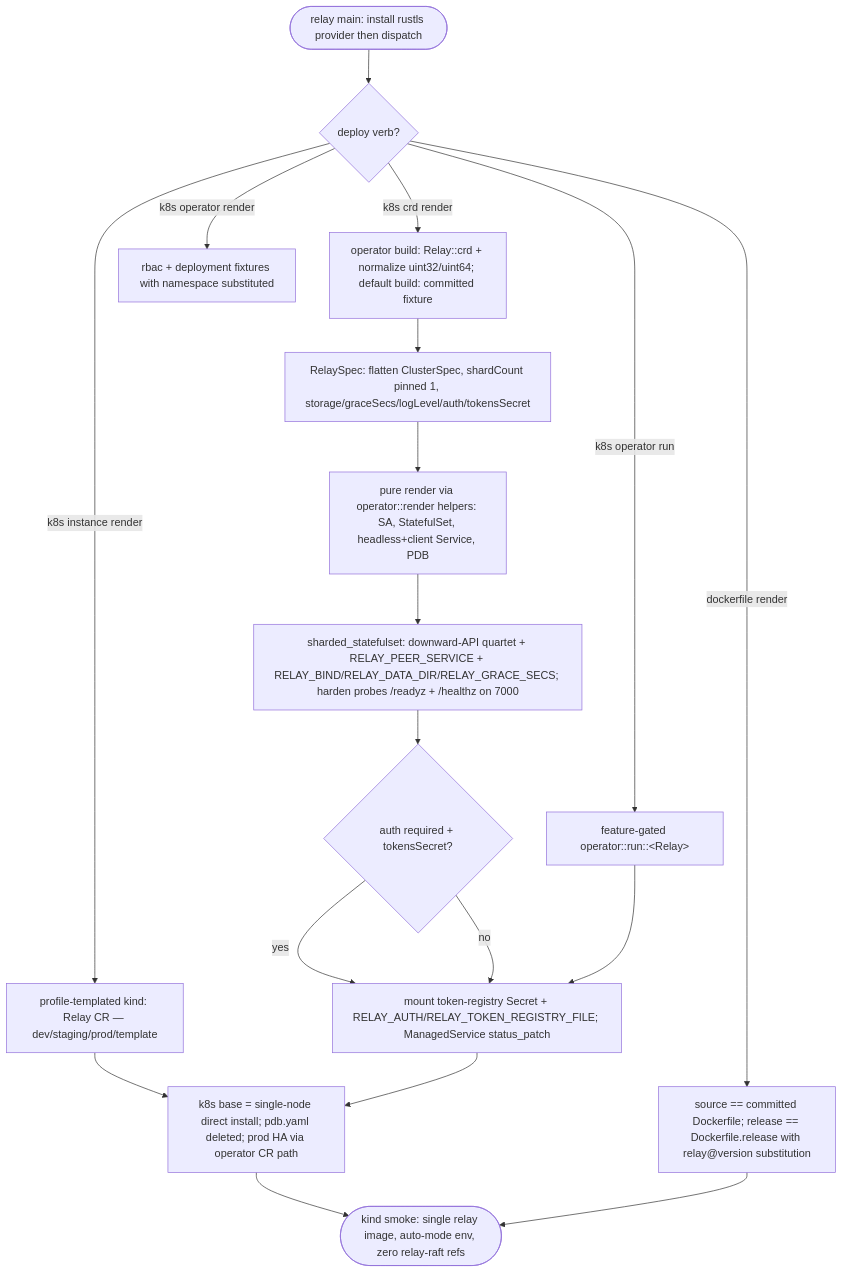
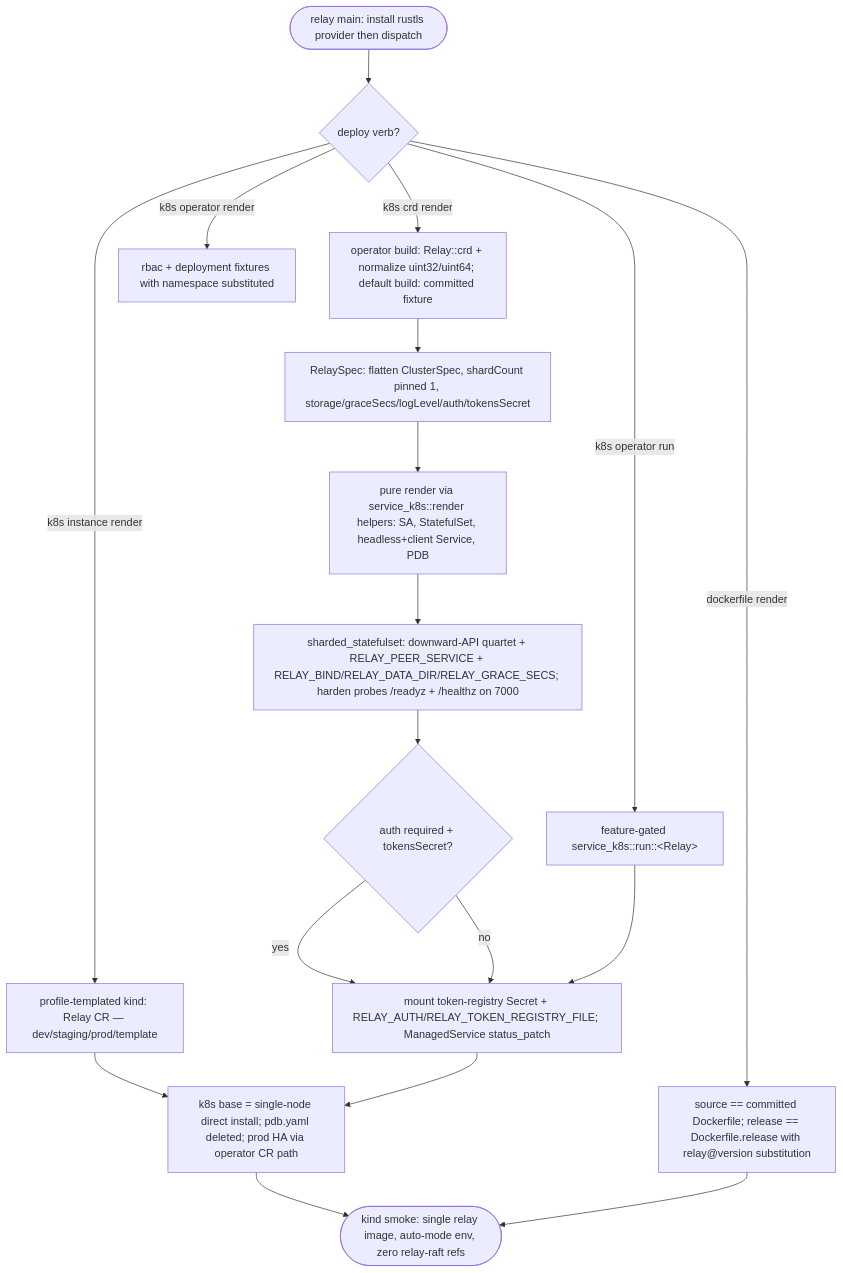
Before and after one commit to chrischeng-c4/axiom: the first of 2 diagrams in apps/relay/tech-design/interfaces/cli/adopt-libs-operator-relayspec-crd-k8s-crd-operator-instance-dock.md, drawn with Mermaid. The commit also changed other lines of this file and 175 other files, not shown here.

First line of the commit message:
refactor(libs): finish semantic service substrate convergence

```diff
--- a/apps/relay/tech-design/interfaces/cli/adopt-libs-operator-relayspec-crd-k8s-crd-operator-instance-dock.md
+++ b/apps/relay/tech-design/interfaces/cli/adopt-libs-operator-relayspec-crd-k8s-crd-operator-instance-dock.md
@@ -41,7 +41,7 @@
 nodes:
   main:
     kind: start
-    label: "relay main: relay::tls::install_default_crypto_provider() FIRST (before clap parse — kube, raft-host peer, and online CLI paths link rustls; a no-op in builds without the private rustls-provider feature), then dispatch. New Command::K8s + Command::Dockerfile arms sit beside serve/llm/upgrade/issue on the single relay bin"
+    label: "relay main: relay::tls::install_default_crypto_provider() FIRST (before clap parse — kube, raft-runtime peer, and online CLI paths link rustls; a no-op in builds without the private rustls-provider feature), then dispatch. New Command::K8s + Command::Dockerfile arms sit beside serve/llm/upgrade/issue on the single relay bin"
   verb:
     kind: decision
     label: "Which deploy verb? k8s crd render | k8s operator render|run | k8s instance render | dockerfile render. Every render path is OFFLINE and builds in the default (kube-free) build; only `k8s operator run` needs --features operator"
@@ -53,7 +53,7 @@
     label: "k8s operator render [--namespace relay-system] [--out]: the controller control plane from the checked-in k8s/operator/rbac.yaml + deployment.yaml fixtures with the namespace substituted — Namespace, ServiceAccount, ClusterRole (relay.dev relays/status/finalizers, apps statefulsets, core services/serviceaccounts, policy PDBs, coordination leases), ClusterRoleBinding, and a Deployment running `relay k8s operator run` from the same relay image"
   oprun:
     kind: process
-    label: "k8s operator run: feature-gated. tracing init then relay::operator::run() = operator::run::<Relay>() — the shared libs/operator controller: cluster-wide watch, leader-election Lease (MANAGER relay-operator), server-side apply of render() output, status_patch writeback. Without the feature: anyhow::bail with the rebuild hint"
+    label: "k8s operator run: feature-gated. tracing init then relay::operator::run() = service_k8s::run::<Relay>() — the shared libs/service-k8s controller: cluster-wide watch, leader-election Lease (MANAGER relay-operator), server-side apply of render() output, status_patch writeback. Without the feature: anyhow::bail with the rebuild hint"
   inst:
     kind: process
     label: "k8s instance render --profile dev|staging|prod|template [--name] [--namespace] [--image] [--out]: string-templated kind: Relay CR YAML (offline, no kube types). dev = 1 replica, 1Gi, debug, relay:latest; staging = prod-shaped single node, 20Gi, relay:<version>; prod = replicasPerShard 3, voterCount 3, 100Gi, imagePullPolicy Always, auth required + tokensSecret relay-token-registry; template = REPLACE_ME skeleton. HA peer DNS assumes the CR is named relay (serve passes prefix 'relay' to ClusterTopology::from_env)"
@@ -62,10 +62,10 @@
     label: "dockerfile render --variant source|release [--version] [--out]: source = the committed apps/relay/Dockerfile byte-for-byte (include_str + ownership-marker strip, a no-op today); release = the new committed Dockerfile.release (fetch + sha256-verify a published relay@<version> tarball into distroless) with the ARG/tag lines substituted from --version (normalize `0.4.3` -> `relay@0.4.3`). The checked-in files are the fixtures; the CLI is the source of truth (keep #777)"
   crdspec:
     kind: process
-    label: "src/operator/crd.rs (feature-gated): RelaySpec derives kube::CustomResource — group relay.dev, v1alpha1, kind Relay, namespaced, status RelayStatus. #[serde(flatten)] cluster: operator::ClusterSpec (image/imagePullPolicy/shardCount/replicasPerShard/voterCount/resources — shardCount defaults 1 and render PINS it to 1: relay is a single raft group) + relay knobs: storage (default 10Gi), storageClass, graceSecs (default 10, tracks terminationGracePeriodSeconds), logLevel (RUST_LOG), auth ('off'|'required' as a flat string — no divergent-variant enums in the CRD, keep #776 trap), tokensSecret (Secret name)"
+    label: "src/operator/crd.rs (feature-gated): RelaySpec derives kube::CustomResource — group relay.dev, v1alpha1, kind Relay, namespaced, status RelayStatus. #[serde(flatten)] cluster: service_k8s::ClusterSpec (image/imagePullPolicy/shardCount/replicasPerShard/voterCount/resources — shardCount defaults 1 and render PINS it to 1: relay is a single raft group) + relay knobs: storage (default 10Gi), storageClass, graceSecs (default 10, tracks terminationGracePeriodSeconds), logLevel (RUST_LOG), auth ('off'|'required' as a flat string — no divergent-variant enums in the CRD, keep #776 trap), tokensSecret (Secret name)"
   render:
     kind: process
-    label: "src/operator/render.rs pure render (no I/O): RenderCtx { app relay, manager relay-operator, relay.dev/v1alpha1 Relay, name, ns, owner_ref } -> [ServiceAccount, StatefulSet, headless Service ({name}-headless, port 7000), client Service ({name}, ClusterIP 7000), PDB maxUnavailable 1] — every shared shape via operator::render helpers, never hand-built JSON"
+    label: "src/operator/render.rs pure render (no I/O): RenderCtx { app relay, manager relay-operator, relay.dev/v1alpha1 Relay, name, ns, owner_ref } -> [ServiceAccount, StatefulSet, headless Service ({name}-headless, port 7000), client Service ({name}, ClusterIP 7000), PDB maxUnavailable 1] — every shared shape via service_k8s::render helpers, never hand-built JSON"
   sts:
     kind: process
     label: "StatefulSet via render::sharded_statefulset: command [relay], port http 7000, shard_count PINNED 1, replicas = replicasPerShard, headless_env_key RELAY_PEER_SERVICE = {name}-headless (exactly what serve's --peer-service reads), volume_claim data -> /data mount + storageClass; extra_env RELAY_BIND 0.0.0.0:7000, RELAY_DATA_DIR /data, RELAY_GRACE_SECS, optional RUST_LOG; then harden(): RollingUpdate, revisionHistoryLimit 5, prometheus scrape annotations, nonroot pod+container securityContext (65532, readOnlyRootFilesystem, drop ALL), writable /tmp emptyDir, terminationGracePeriodSeconds = graceSecs, readiness /readyz + liveness /healthz + startup /healthz on port http — the exact probe contract service-http serves"
@@ -74,7 +74,7 @@
     label: "CR sets auth: required AND tokensSecret? — the lumen token-registry pattern, OFF by default: mount Secret item token-registry.json at /var/run/secrets/relay (readOnly) and inject RELAY_AUTH=required + RELAY_TOKEN_REGISTRY_FILE=/var/run/secrets/relay/token-registry.json. Otherwise render NO auth env (serve defaults to off; probes stay tokenless either way)"
   recon:
     kind: process
-    label: "src/operator/reconcile.rs: impl ManagedService for Relay — MANAGER relay-operator (SSA field manager + Lease name), render() delegates to render::render, readiness_targets = [StatefulSet {name}], status_patch = phase Pending|Reconciling|Ready from readyReplicas vs desired (replicasPerShard; shard pinned 1) + observedGeneration + message. run() = operator::run::<Relay>()"
+    label: "src/operator/reconcile.rs: impl ManagedService for Relay — MANAGER relay-operator (SSA field manager + Lease name), render() delegates to render::render, readiness_targets = [StatefulSet {name}], status_patch = phase Pending|Reconciling|Ready from readyReplicas vs desired (replicasPerShard; shard pinned 1) + observedGeneration + message. run() = service_k8s::run::<Relay>()"
   tree:
     kind: process
     label: "k8s/ tree per the dogfood rules: base = SMALL direct install for kind/smoke — single-node StatefulSet (replicas 1, NO raft env: no REPLICAS_PER_SHARD/VOTER_COUNT — replica_mode() stays false; RELAY_BIND 0.0.0.0:7000, RELAY_DATA_DIR /data, 1Gi PVC, /readyz + /healthz probes) + service.yaml (headless for serviceName + ClusterIP client). pdb.yaml DELETED (a 1-replica PDB is noise; quorum PDBs come from the operator render). Production HA = apply crd render + operator render, then instance render --profile prod"
@@ -103,11 +103,11 @@
     main([relay main: install rustls provider then dispatch]) --> verb{deploy verb?}
     verb -->|k8s crd render| crd[operator build: Relay::crd + normalize uint32/uint64; default build: committed fixture]
     verb -->|k8s operator render| opr[rbac + deployment fixtures with namespace substituted]
-    verb -->|k8s operator run| oprun[feature-gated operator::run::&lt;Relay&gt;]
+    verb -->|k8s operator run| oprun[feature-gated service_k8s::run::&lt;Relay&gt;]
     verb -->|k8s instance render| inst[profile-templated kind: Relay CR — dev/staging/prod/template]
     verb -->|dockerfile render| dock[source == committed Dockerfile; release == Dockerfile.release with relay@version substitution]
     crd --> crdspec[RelaySpec: flatten ClusterSpec, shardCount pinned 1, storage/graceSecs/logLevel/auth/tokensSecret]
-    crdspec --> render[pure render via operator::render helpers: SA, StatefulSet, headless+client Service, PDB]
+    crdspec --> render[pure render via service_k8s::render helpers: SA, StatefulSet, headless+client Service, PDB]
     render --> sts[sharded_statefulset: downward-API quartet + RELAY_PEER_SERVICE + RELAY_BIND/RELAY_DATA_DIR/RELAY_GRACE_SECS; harden probes /readyz + /healthz on 7000]
     sts --> auth{auth required + tokensSecret?}
     auth -->|yes| recon[mount token-registry Secret + RELAY_AUTH/RELAY_TOKEN_REGISTRY_FILE; ManagedService status_patch]
```
